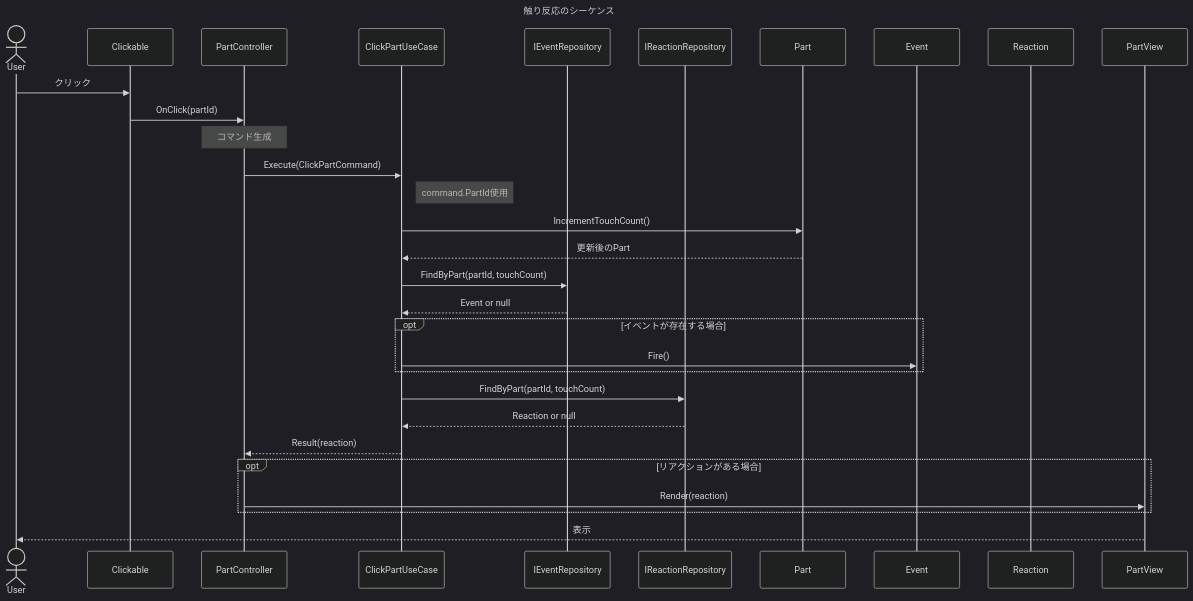
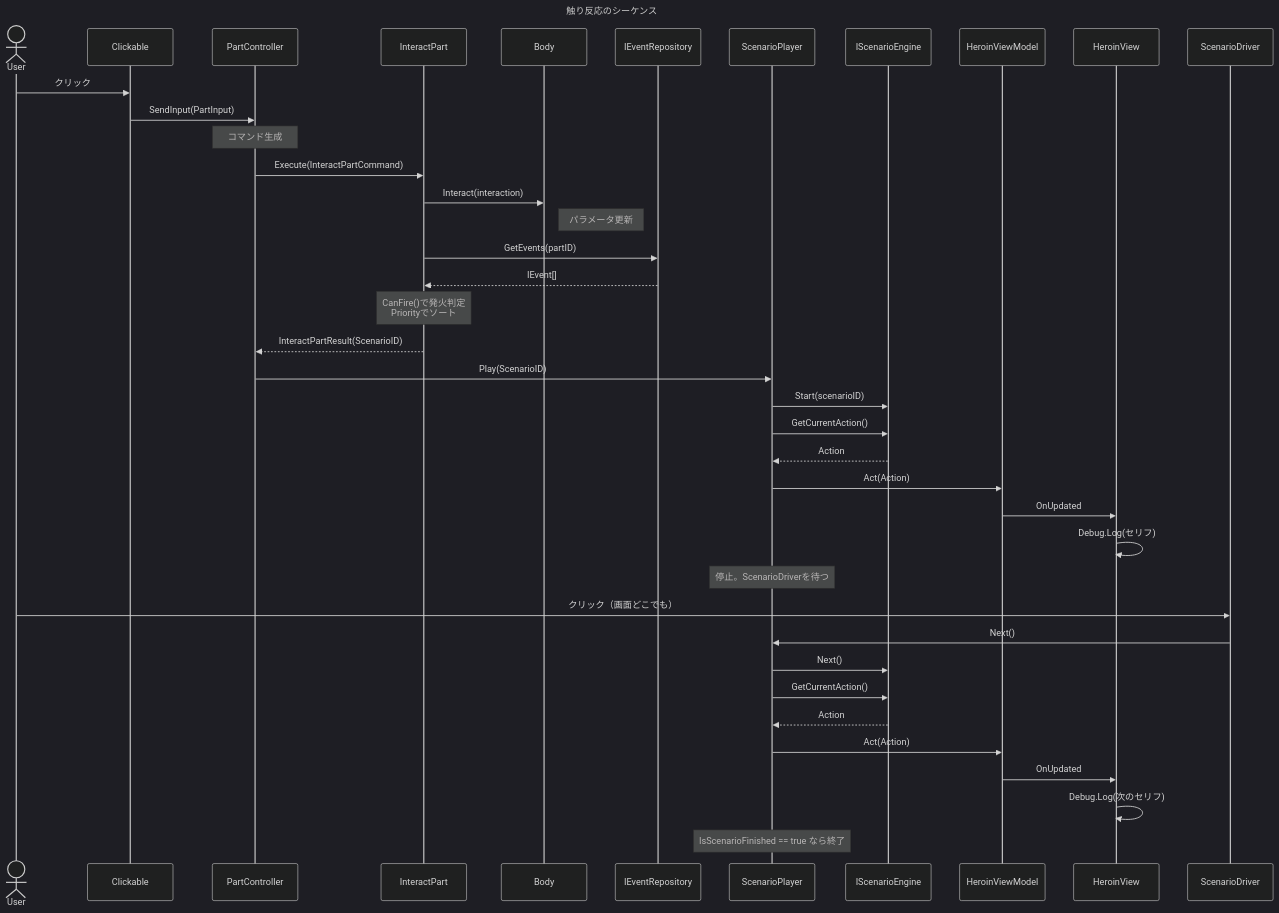
One commit to Yocchi3191/Zrushy changed the diagram in knowledge/architecture/触り反応シーケンス.md. Above: the diagram before and after it, drawn with Mermaid (dark theme). The commit also changed 4 other files, not shown here.

````diff
--- a/knowledge/architecture/触り反応シーケンス.md
+++ b/knowledge/architecture/触り反応シーケンス.md
@@ -3,44 +3,52 @@
 ```mermaid
 ---
 title: 触り反応のシーケンス
 ---
 sequenceDiagram
 	actor User
 	participant Clickable
-	participant PartController
-	participant ClickPartUseCase
-	participant IEventRepository
-	participant IReactionRepository
-	participant Part
-	participant Event
-	participant Reaction
-	participant PartView
+	participant PC as PartController
+	participant IP as InteractPart
+	participant Body
+	participant ER as IEventRepository
+	participant SP as ScenarioPlayer
+	participant SE as IScenarioEngine
+	participant HVM as HeroinViewModel
+	participant HV as HeroinView
+	participant SD as ScenarioDriver
 
 	User ->> Clickable : クリック
-	Clickable ->> PartController : OnClick(partId)
+	Clickable ->> PC : SendInput(PartInput)
 
-	Note over PartController: コマンド生成
-	PartController ->> ClickPartUseCase : Execute(ClickPartCommand)
-	Note right of ClickPartUseCase: command.PartId使用
+	Note over PC: コマンド生成
+	PC ->> IP : Execute(InteractPartCommand)
 
-	ClickPartUseCase ->> Part : IncrementTouchCount()
-	Part -->> ClickPartUseCase : 更新後のPart
+	IP ->> Body : Interact(interaction)
+	Note right of Body: パラメータ更新
 
-	ClickPartUseCase ->> IEventRepository : FindByPart(partId, touchCount)
-	IEventRepository -->> ClickPartUseCase : Event or null
+	IP ->> ER : GetEvents(partID)
+	ER -->> IP : IEvent[]
+	Note over IP: CanFire()で発火判定<br/>Priorityでソート
+	IP -->> PC : InteractPartResult(ScenarioID)
 
-	opt イベントが存在する場合
-		ClickPartUseCase ->> Event : Fire()
-	end
+	PC ->> SP : Play(ScenarioID)
+	SP ->> SE : Start(scenarioID)
+	SP ->> SE : GetCurrentAction()
+	SE -->> SP : Action
+	SP ->> HVM : Act(Action)
+	HVM ->> HV : OnUpdated
+	HV ->> HV : Debug.Log(セリフ)
 
-	ClickPartUseCase ->> IReactionRepository : FindByPart(partId, touchCount)
-	IReactionRepository -->> ClickPartUseCase : Reaction or null
+	Note over SP: 停止。ScenarioDriverを待つ
 
-	ClickPartUseCase -->> PartController : Result(reaction)
+	User ->> SD : クリック（画面どこでも）
+	SD ->> SP : Next()
+	SP ->> SE : Next()
+	SP ->> SE : GetCurrentAction()
+	SE -->> SP : Action
+	SP ->> HVM : Act(Action)
+	HVM ->> HV : OnUpdated
+	HV ->> HV : Debug.Log(次のセリフ)
 
-	opt リアクションがある場合
-		PartController ->> PartView : Render(reaction)
-	end
-
-	PartView -->> User : 表示
+	Note over SP: IsScenarioFinished == true なら終了
 ```
````
